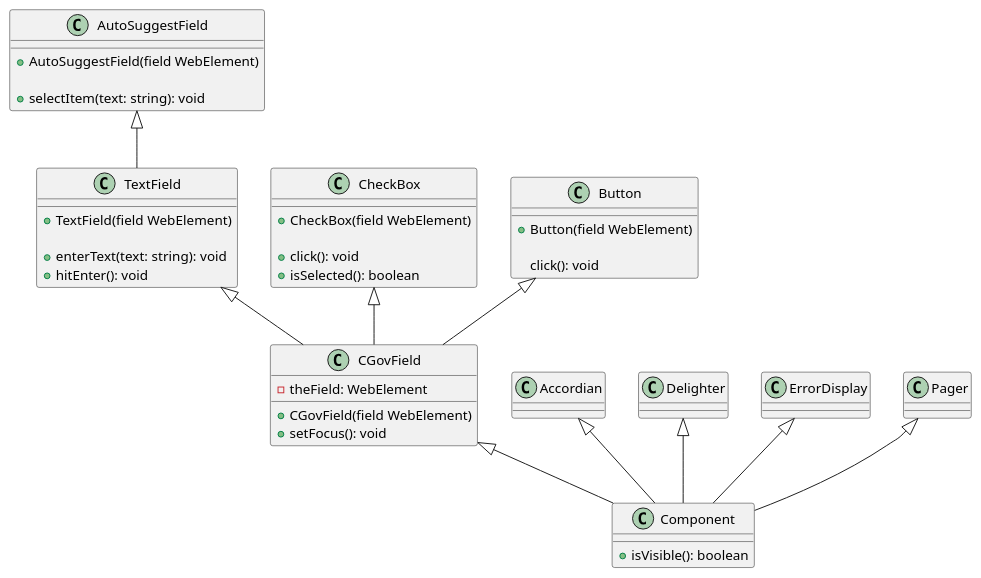
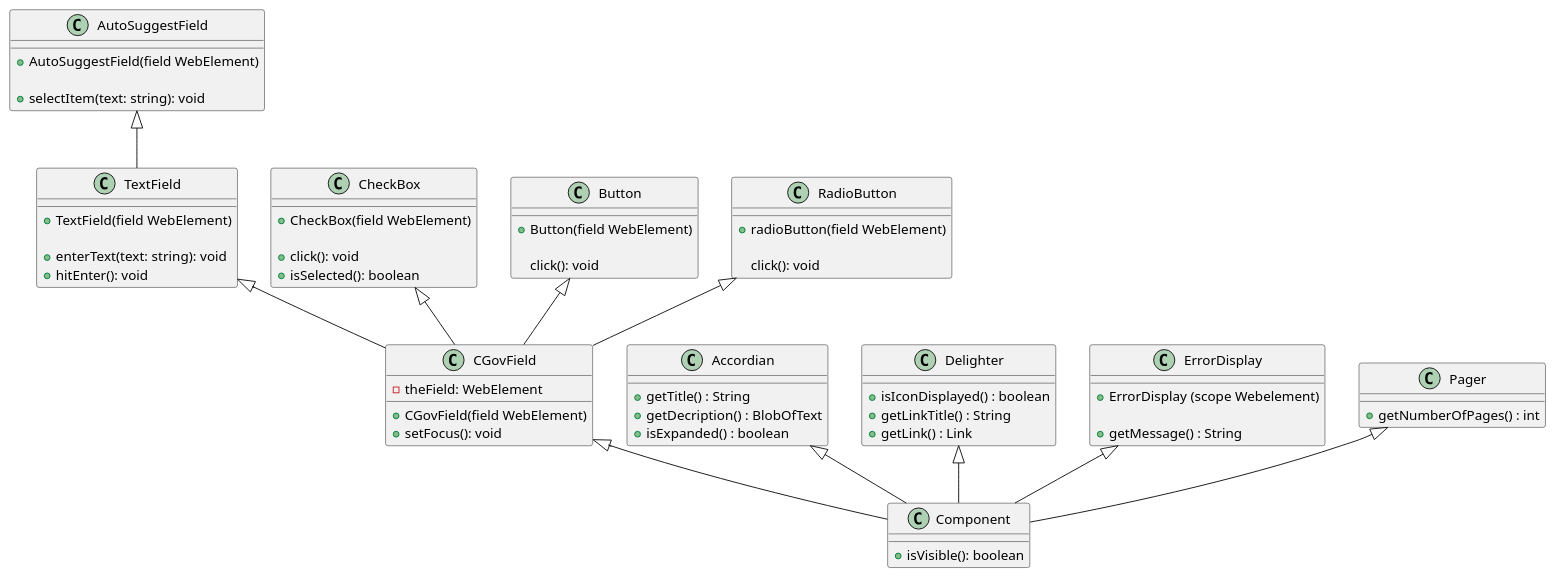
One commit to kate-mashkina/automation-design-diagrams changed the diagram in diagrams/src/class/components.wsd. Above: the diagram before and after it, drawn with PlantUML. The commit also changed other lines of this file and 3 other files, not shown here.

```diff
--- a/diagrams/src/class/components.wsd
+++ b/diagrams/src/class/components.wsd
@@ -1,65 +1,82 @@
 @startuml
 
 class Component{
     +isVisible(): boolean
 }
-
 
 class CGovField {
 
     -theField: WebElement
 
     +CGovField(field WebElement)
     +setFocus(): void
 }
 CGovField <|-- Component
 
 class TextField {
     +TextField(field WebElement)
 
     +enterText(text: string): void
     +hitEnter(): void
 }
 TextField <|-- CGovField
 
 class CheckBox {
     +CheckBox(field WebElement)
 
     +click(): void
     +isSelected(): boolean
 }
 CheckBox <|-- CGovField
 
 class Button {
     +Button(field WebElement)
 
     click(): void
 }
 Button <|-- CGovField
 
+class RadioButton {
+    +radioButton(field WebElement)
+
+    click(): void
+}
+RadioButton <|-- CGovField
+
 class AutoSuggestField {
     +AutoSuggestField(field WebElement)
 
     +selectItem(text: string): void
 }
 AutoSuggestField <|-- TextField
 
-
 class Accordian {
+    +getTitle() : String
+    +getDecription() : BlobOfText
+    +isExpanded() : boolean
 }
 Accordian <|-- Component
 
+class Delighter {
++isIconDisplayed() : boolean
++getLinkTitle() : String
++getLink() : Link
 
-class Delighter {
 }
 Delighter <|-- Component
 
 class ErrorDisplay{
++ErrorDisplay (scope Webelement)
+
++getMessage() : String
 }
 ErrorDisplay <|-- Component
 
 class Pager{
+
++getNumberOfPages() : int
+
 }
 Pager <|-- Component
 
 @enduml
```
